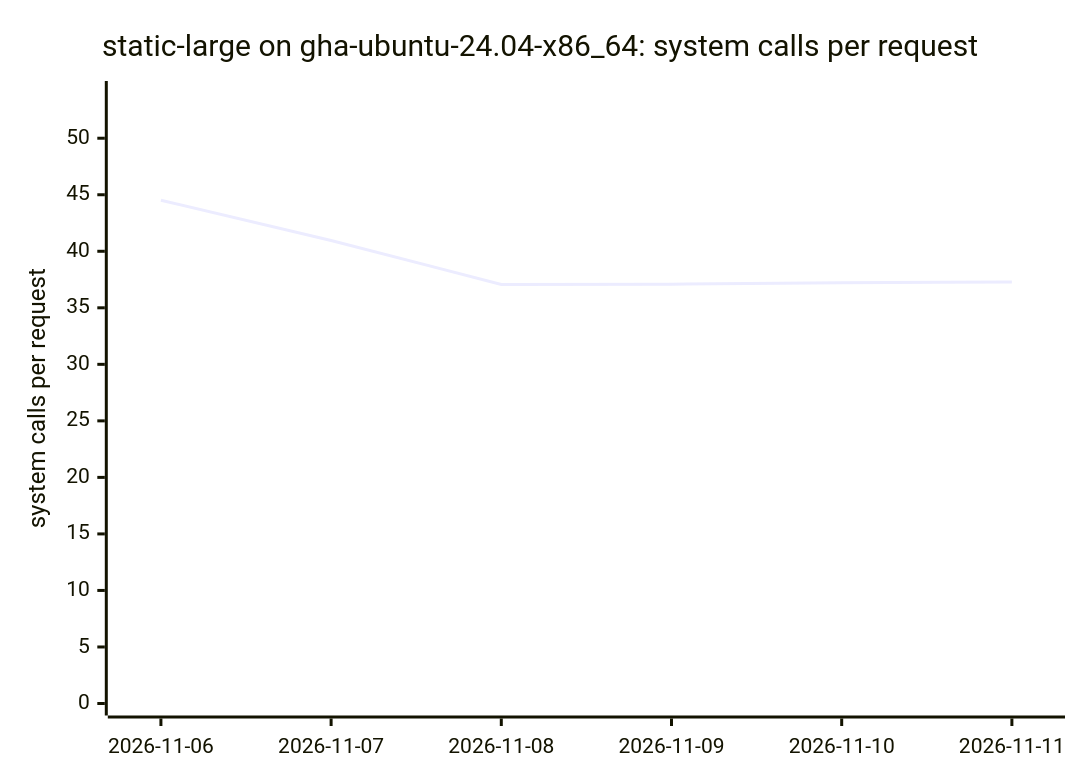
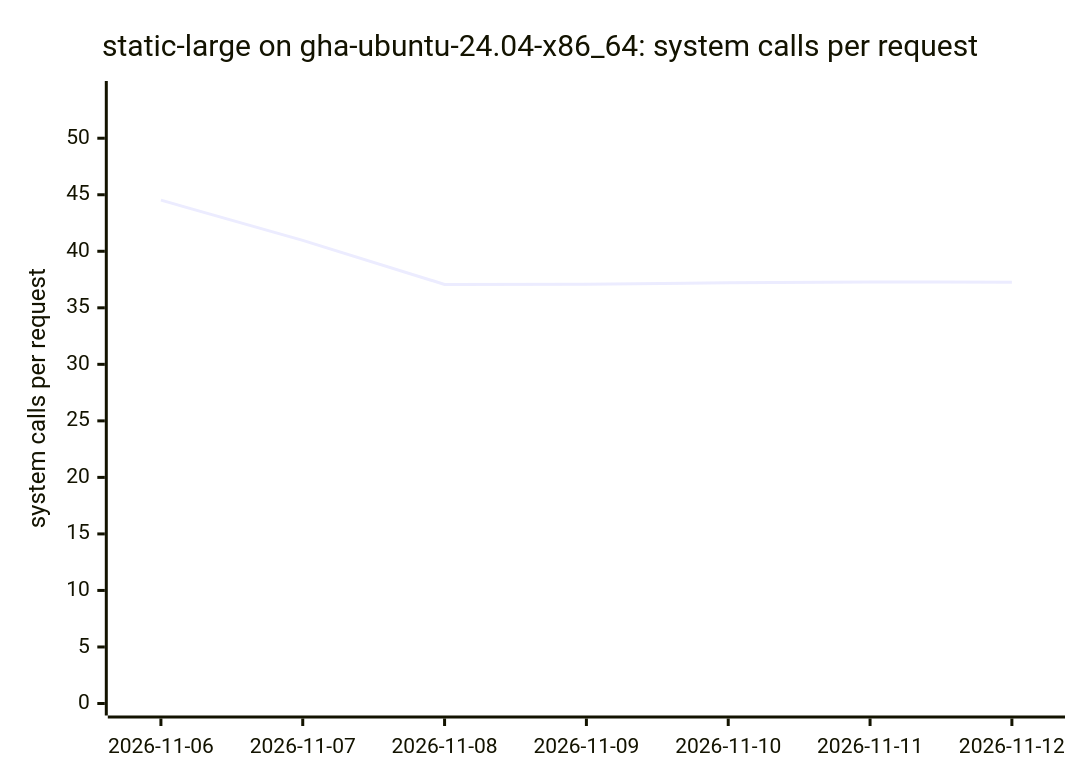
Diagram 11 of 18 in BENCHMARKS.md (ThePixelPilgrim/durchlauferhitzer), drawn with Mermaid before and after one commit. The commit also changed other lines of this file and 1 other file, not shown here.

````diff
--- a/BENCHMARKS.md
+++ b/BENCHMARKS.md
@@ -128,7 +128,7 @@
 ```mermaid
 xychart-beta
   title "static-large on gha-ubuntu-24.04-x86_64: system calls per request"
-  x-axis ["2026-11-06", "2026-11-07", "2026-11-08", "2026-11-09", "2026-11-10", "2026-11-11"]
+  x-axis ["2026-11-06", "2026-11-07", "2026-11-08", "2026-11-09", "2026-11-10", "2026-11-11", "2026-11-12"]
   y-axis "system calls per request" 0 --> 54
-  line [44.52, 40.96, 37.07, 37.09, 37.22, 37.28]
+  line [44.52, 40.96, 37.07, 37.09, 37.22, 37.28, 37.27]
 ```
````
